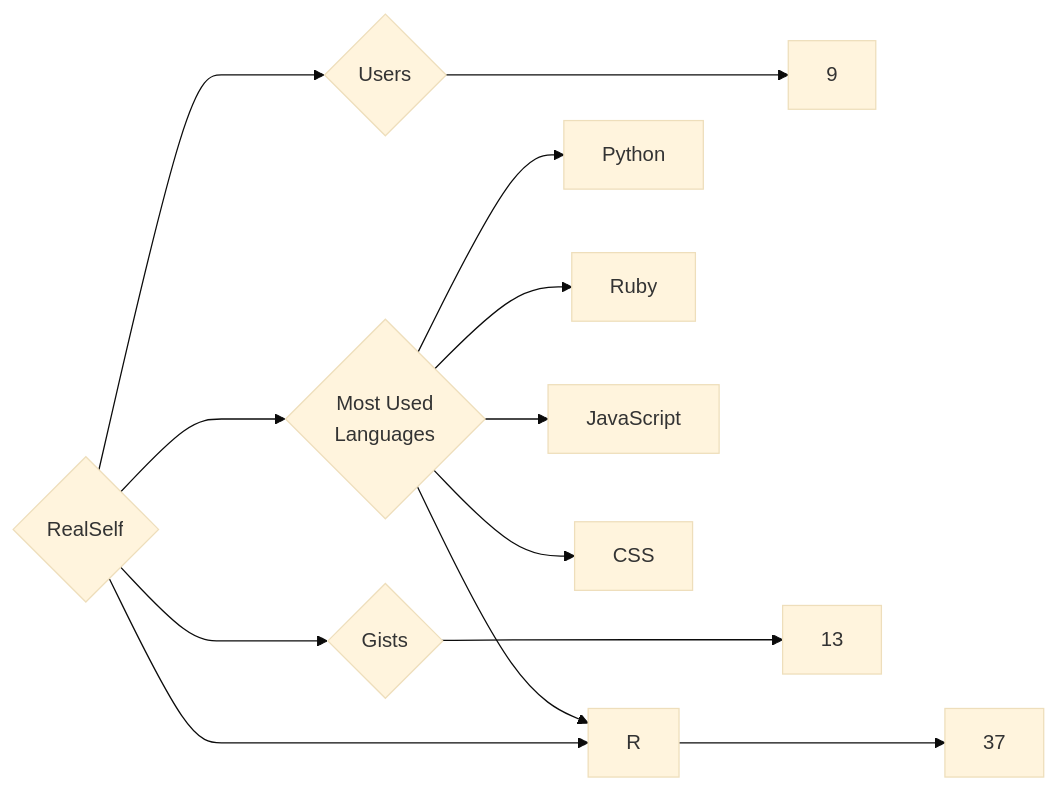
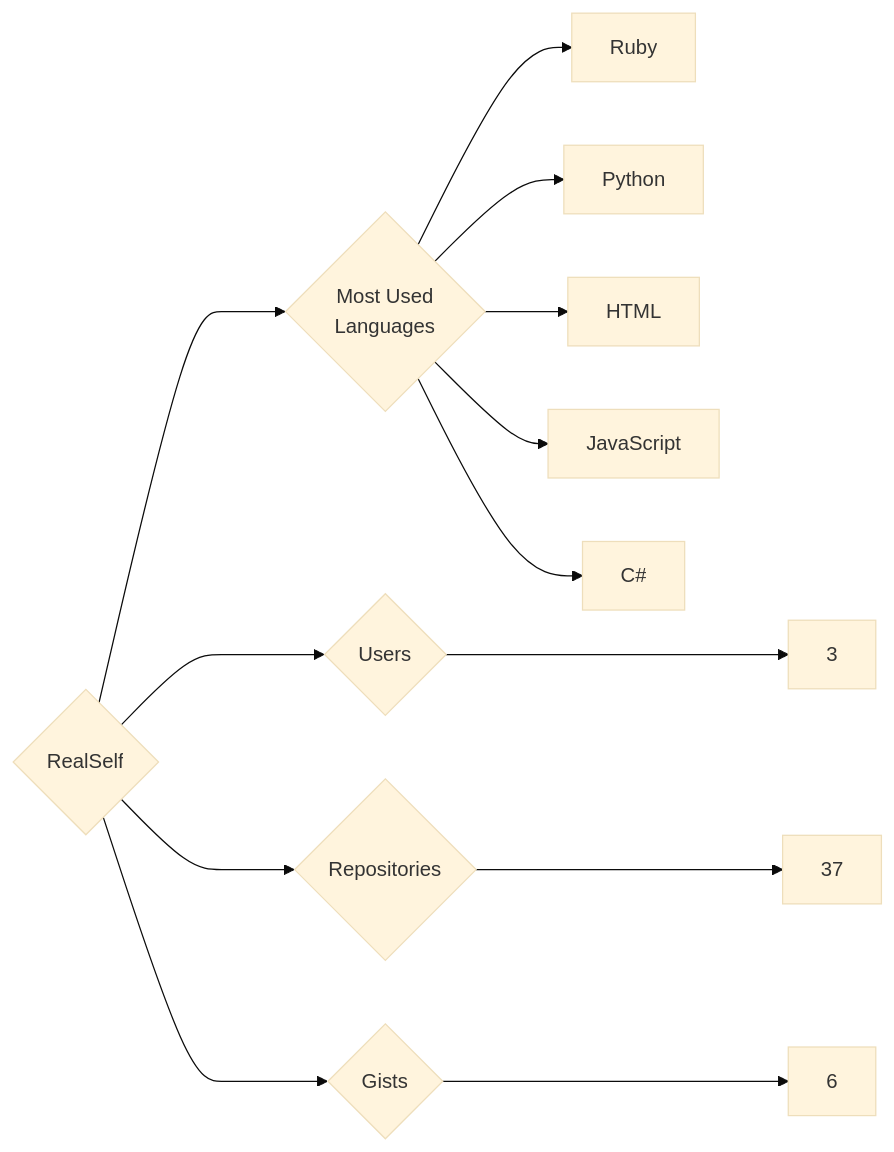
One commit to trickest/insiders changed the diagram in targets/RealSelf/README.md. Above: the diagram before and after it, drawn with Mermaid (base theme). The commit also changed 860 other files, not shown here.

````diff
--- a/targets/RealSelf/README.md
+++ b/targets/RealSelf/README.md
@@ -3,13 +3,13 @@
 ```mermaid
 graph LR
 COMPANY_NAME{RealSelf}
-COMPANY_NAME ---> U{Users} ---> UN[9]
+COMPANY_NAME ---> U{Users} ---> UN[3]
 COMPANY_NAME ---> R{Repositories} ---> RN[37]
-COMPANY_NAME ---> G{Gists} ---> GN[13]
+COMPANY_NAME ---> G{Gists} ---> GN[6]
 COMPANY_NAME ---> ML{Most Used<br>Languages}
+ML --> Ruby[Ruby]
 ML --> Python[Python]
-ML --> Ruby[Ruby]
+ML --> HTML[HTML]
 ML --> JavaScript[JavaScript]
-ML --> CSS[CSS]
-ML --> R[R]
+ML --> C#[C#]
 ```
````
